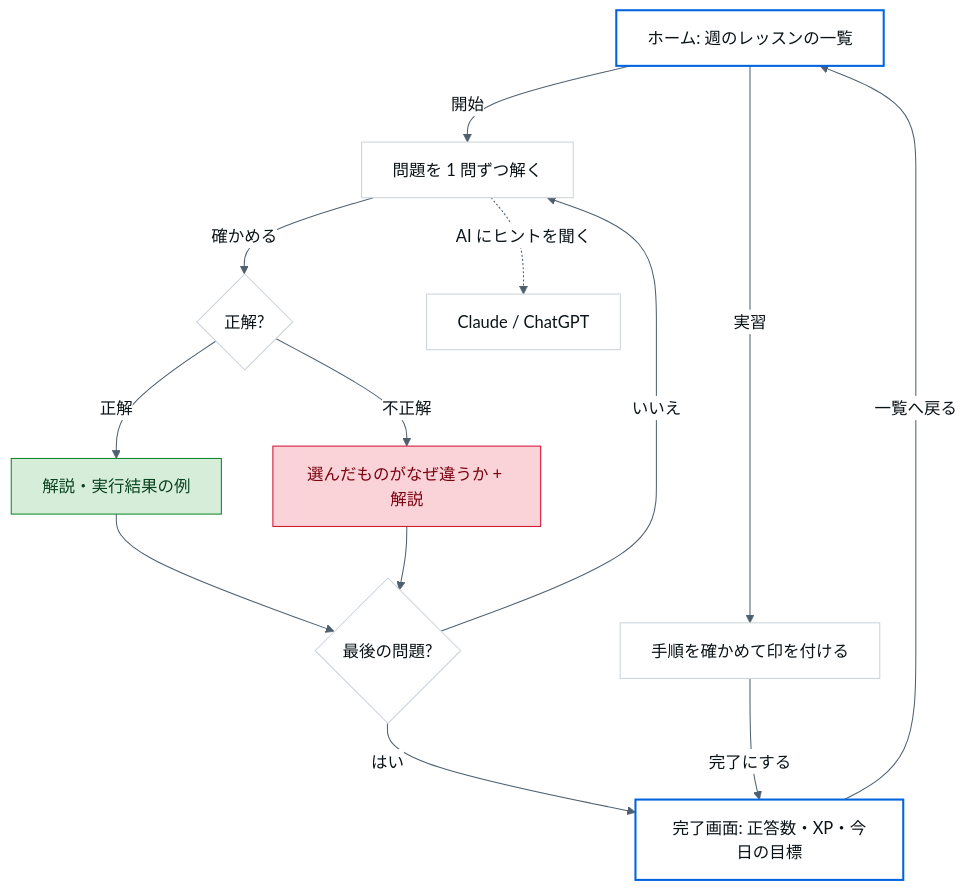
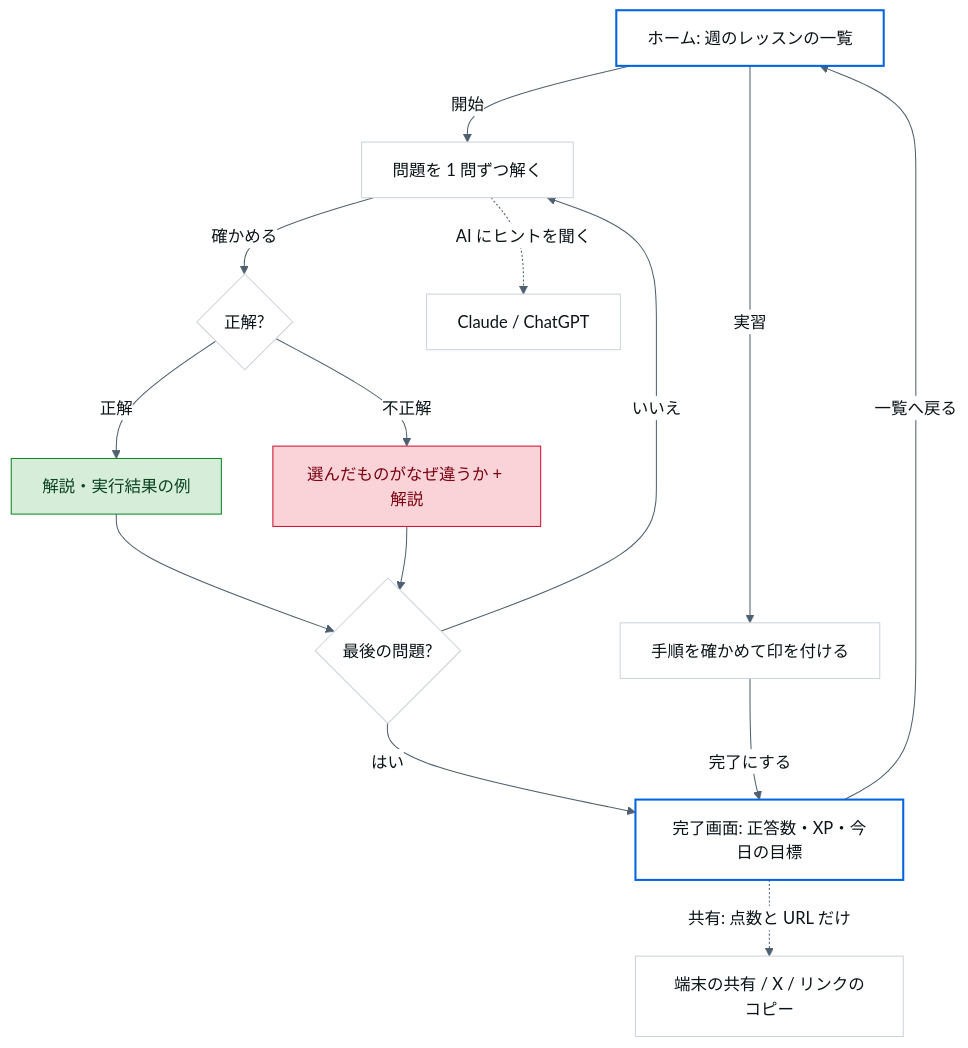
One commit to maco165/kcna-dojo changed the second of 2 diagrams in README.md. Above: the diagram before and after it, drawn with Mermaid. The commit also changed other lines of this file and 3 other files, not shown here.

First line of the commit message:
OG 画像のつなぎ込みを e2e で見て、足した依存の版を固定し、README の図を直す

````diff
--- a/README.md
+++ b/README.md
@@ -81,21 +82,22 @@
 ```mermaid
 %%{init: {'theme': 'base', 'themeVariables': {'fontFamily': '-apple-system, Segoe UI, Roboto, sans-serif', 'primaryColor': '#FFFFFF', 'primaryTextColor': '#0A1317', 'primaryBorderColor': '#CCD3DB', 'lineColor': '#4E606F', 'tertiaryColor': '#F1F4F7'}}}%%
 flowchart TD
   home[ホーム: 週のレッスンの一覧] -->|開始| q[問題を 1 問ずつ解く]
   q -->|確かめる| fb{正解?}
   fb -->|正解| ok[解説・実行結果の例]
   fb -->|不正解| ng[選んだものがなぜ違うか + 解説]
   ok --> next{最後の問題?}
   ng --> next
   next -->|いいえ| q
   next -->|はい| done[完了画面: 正答数・XP・今日の目標]
+  done -.->|共有: 点数と URL だけ| share[端末の共有 / X / リンクのコピー]
   done -->|一覧へ戻る| home
   home -->|実習| lab[手順を確かめて印を付ける] -->|完了にする| done
   q -.->|AI にヒントを聞く| ai[Claude / ChatGPT]
   classDef success fill:#D6EDD9,stroke:#0D8626,color:#09441F;
   classDef error fill:#F9D3D8,stroke:#D31130,color:#7B0210;
   classDef accent stroke:#0064E0,stroke-width:2px;
   class ok success;
   class ng error;
   class home,done accent;
 ```
````
